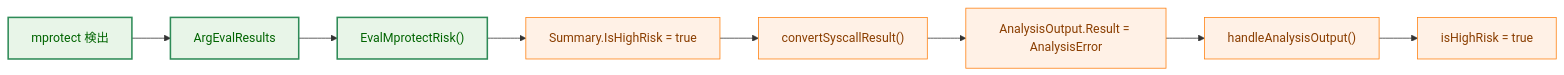
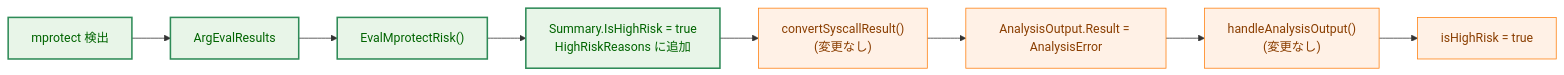
One commit to isseis/go-safe-cmd-runner changed diagram 11 of 14 in docs/tasks/0078_mprotect_exec_detection/02_architecture.md. Above: the diagram before and after it, drawn with Mermaid. The commit also changed other lines of this file, not shown here.

First line of the commit message:
docs: fix import cycle, unify call site, add HighRiskReasons spec

````diff
--- a/docs/tasks/0078_mprotect_exec_detection/02_architecture.md
+++ b/docs/tasks/0078_mprotect_exec_detection/02_architecture.md
@@ -455,16 +469,16 @@
 ```mermaid
 flowchart LR
     classDef existing fill:#fff1e6,stroke:#ff7f0e,stroke-width:1px,color:#8a3e00
     classDef new fill:#e8f5e8,stroke:#2e8b57,stroke-width:2px,color:#006400
 
     A["mprotect 検出"] --> B["ArgEvalResults"]
     B --> C["EvalMprotectRisk()"]
-    C --> D["Summary.IsHighRisk = true"]
-    D --> E["convertSyscallResult()"]
+    C --> D["Summary.IsHighRisk = true<br>HighRiskReasons に追加"]
+    D --> E["convertSyscallResult()<br>(変更なし)"]
     E --> F["AnalysisOutput.Result = AnalysisError"]
-    F --> G["handleAnalysisOutput()"]
+    F --> G["handleAnalysisOutput()<br>(変更なし)"]
     G --> H["isHighRisk = true"]
 
-    class A,B,C new
-    class D,E,F,G,H existing
+    class A,B,C,D new
+    class E,F,G,H existing
 ```
````
